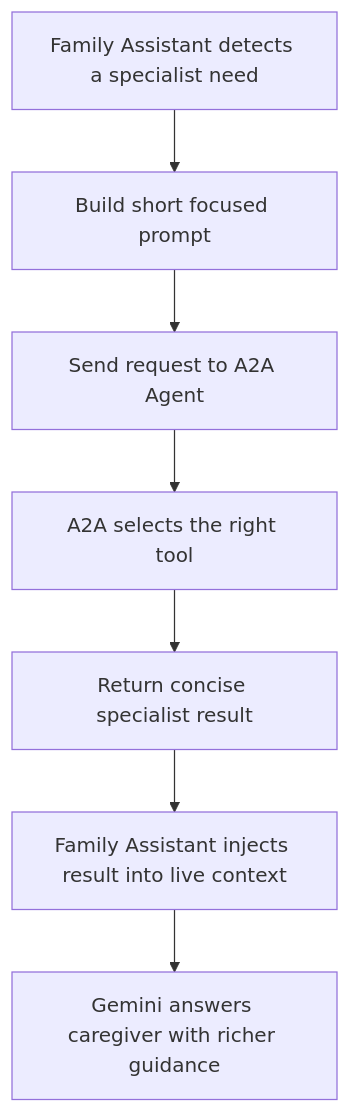
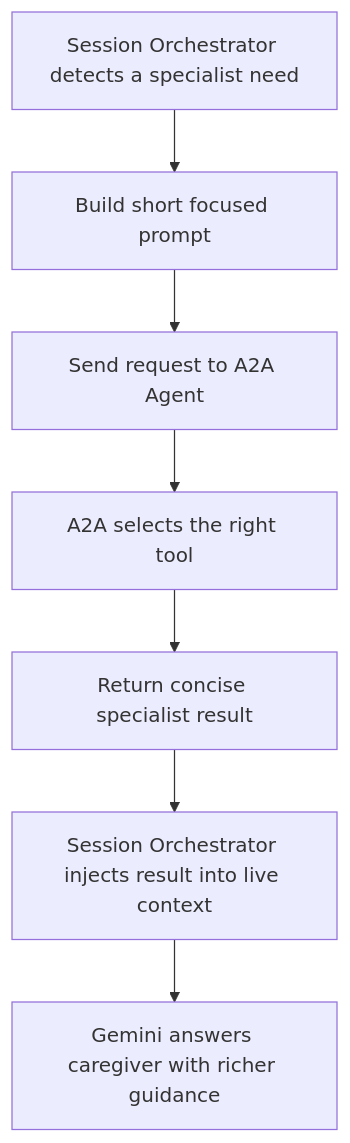
Before and after one commit to Psianturi/neuro-decode: the fourth of 4 diagrams in README.md, drawn with Mermaid. The commit also changed other lines of this file and 1 other file, not shown here.

````diff
--- a/README.md
+++ b/README.md
@@ -183,9 +183,9 @@
 ```mermaid
 flowchart TD
-    A[Family Assistant detects a specialist need] --> B[Build short focused prompt]
+    A[Session Orchestrator detects a specialist need] --> B[Build short focused prompt]
     B --> C[Send request to A2A Agent]
     C --> D[A2A selects the right tool]
     D --> E[Return concise specialist result]
-    E --> F[Family Assistant injects result into live context]
+    E --> F[Session Orchestrator injects result into live context]
     F --> G[Gemini answers caregiver with richer guidance]
 ```
````
